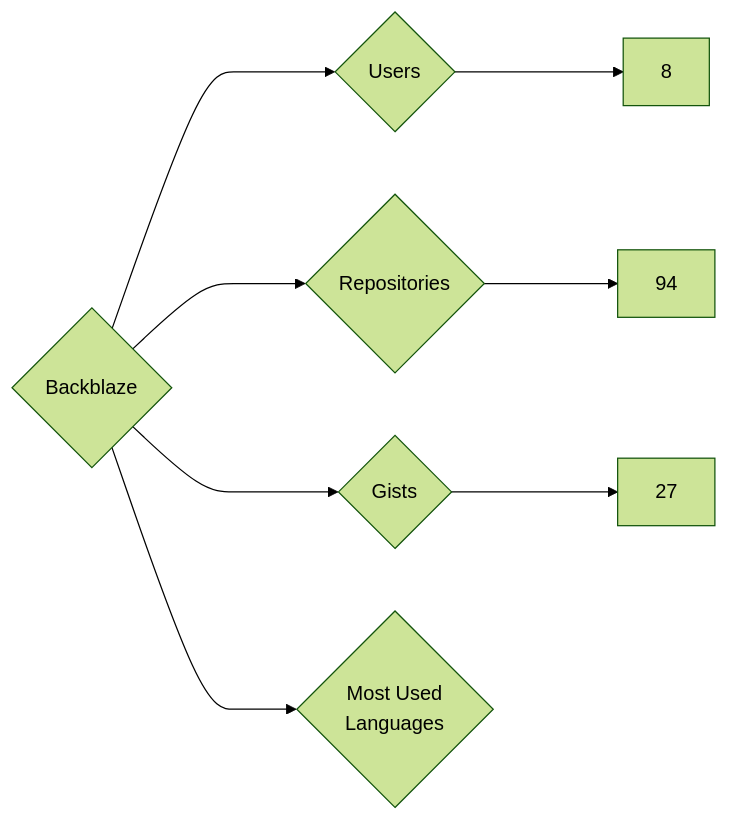
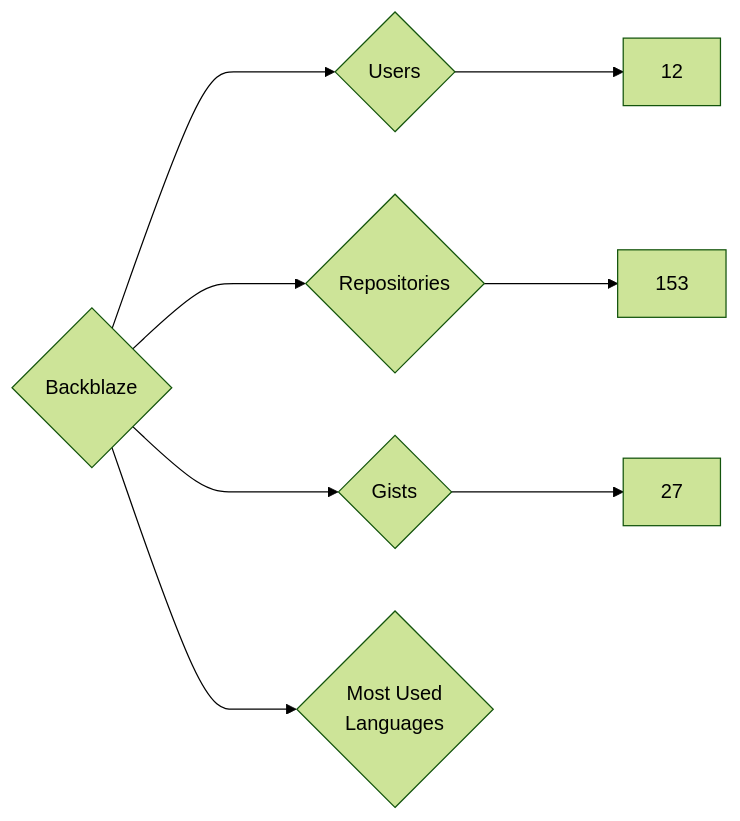
The diagram in targets/Backblaze/README.md (nenadzaric/insiders), drawn with Mermaid (forest theme) before and after one commit. The commit also changed 2877 other files, not shown here.

````diff
--- a/targets/Backblaze/README.md
+++ b/targets/Backblaze/README.md
@@ -3,8 +3,8 @@
 ```mermaid
 graph LR
 COMPANY_NAME{Backblaze}
-COMPANY_NAME ---> U{Users} ---> UN[8]
-COMPANY_NAME ---> R{Repositories} ---> RN[94]
+COMPANY_NAME ---> U{Users} ---> UN[12]
+COMPANY_NAME ---> R{Repositories} ---> RN[153]
 COMPANY_NAME ---> G{Gists} ---> GN[27]
 COMPANY_NAME ---> ML{Most Used<br>Languages}
 ```
````
